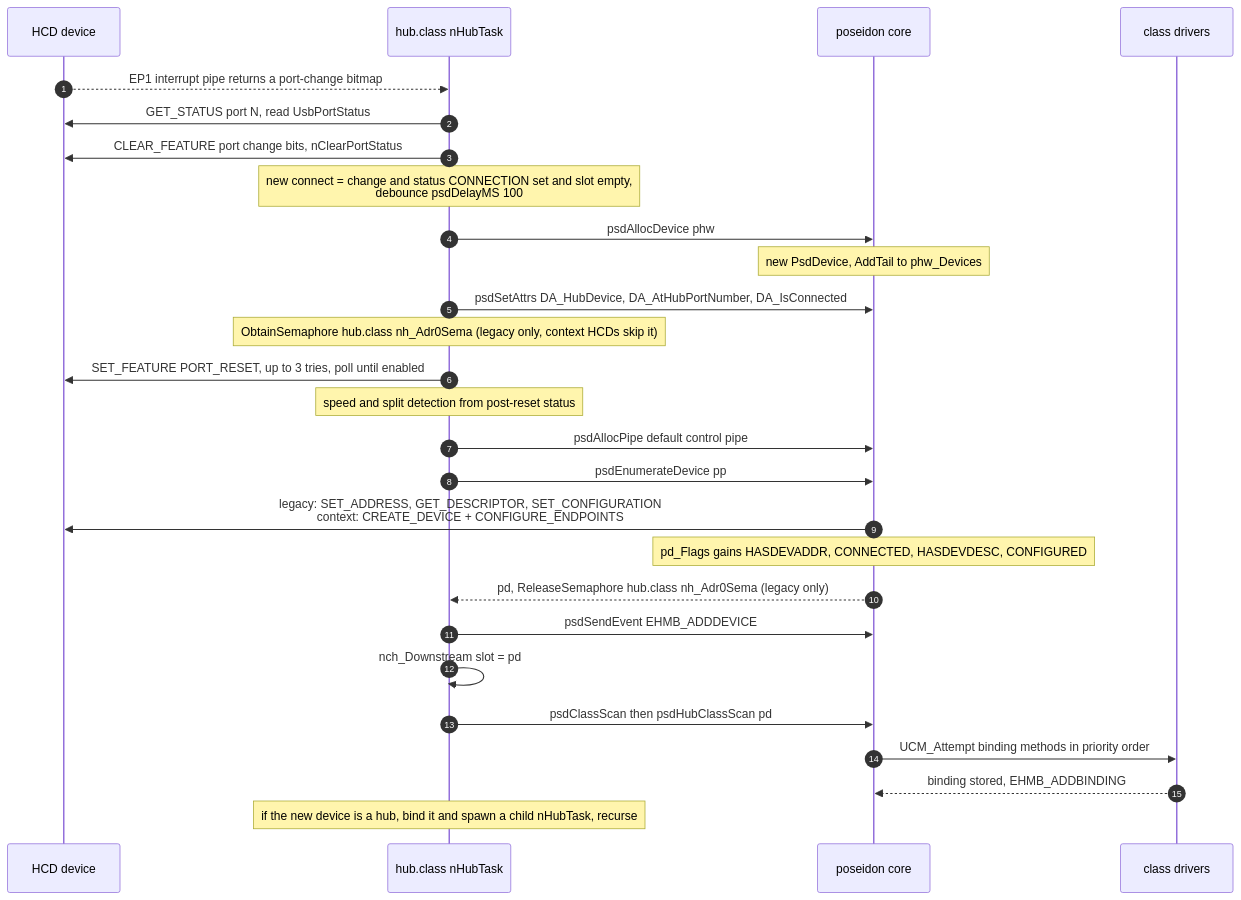
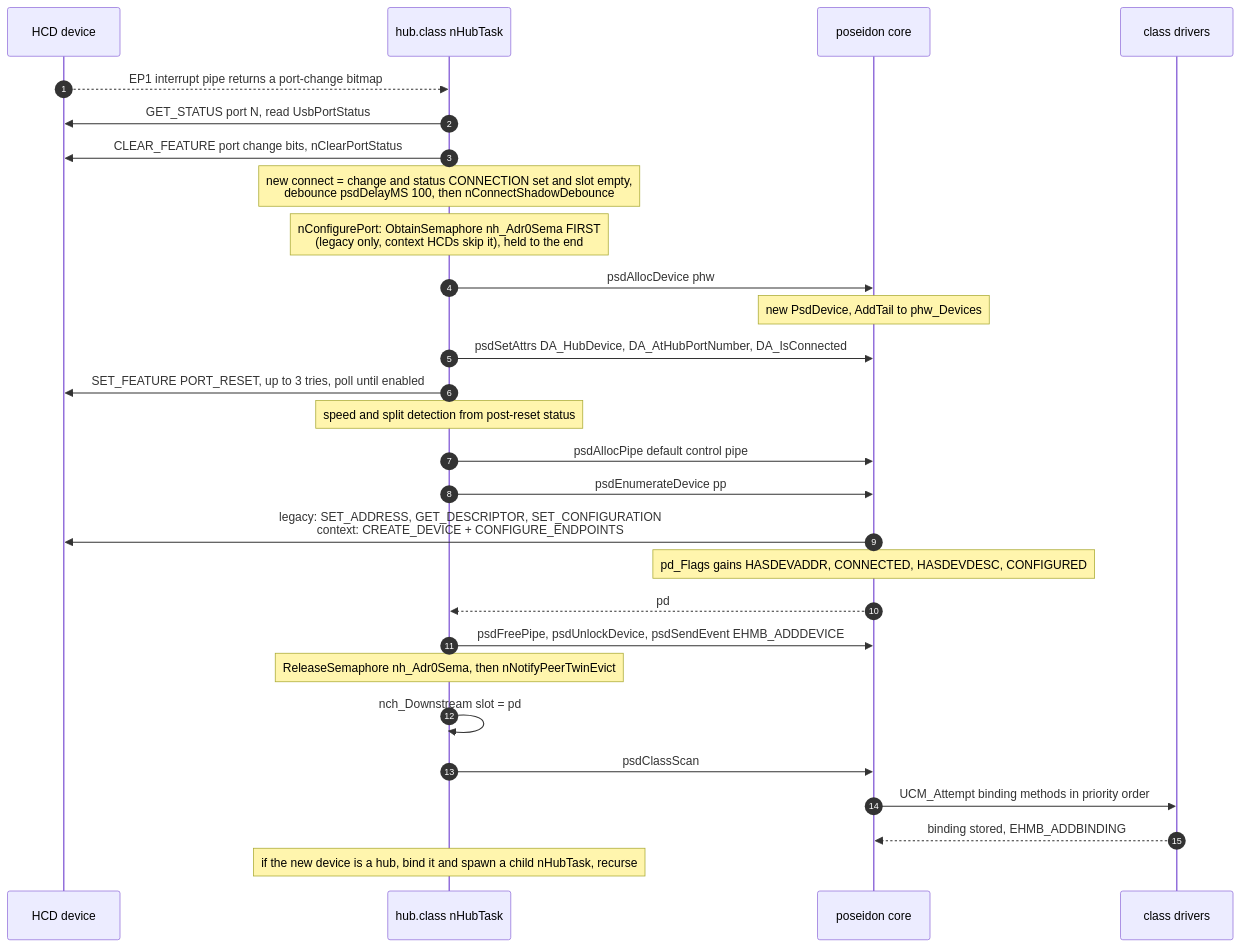
One commit to rondoval/poseidon-backport changed diagram 13 of 17 in docs/poseidon.library-architecture.md. Above: the diagram before and after it, drawn with Mermaid. The commit also changed other lines of this file and 7 other files, not shown here.

````diff
--- a/docs/poseidon.library-architecture.md
+++ b/docs/poseidon.library-architecture.md
@@ -946,30 +985,31 @@
 ```mermaid
 sequenceDiagram
     autonumber
     participant HCD as HCD device
     participant HUB as hub.class nHubTask
     participant CORE as poseidon core
     participant CLS as class drivers
 
     HCD-->>HUB: EP1 interrupt pipe returns a port-change bitmap
     HUB->>HCD: GET_STATUS port N, read UsbPortStatus
     HUB->>HCD: CLEAR_FEATURE port change bits, nClearPortStatus
-    note over HUB: new connect = change and status CONNECTION set and slot empty,<br/>debounce psdDelayMS 100
+    note over HUB: new connect = change and status CONNECTION set and slot empty,<br/>debounce psdDelayMS 100, then nConnectShadowDebounce
+    note over HUB: nConfigurePort: ObtainSemaphore nh_Adr0Sema FIRST<br/>(legacy only, context HCDs skip it), held to the end
     HUB->>CORE: psdAllocDevice phw
     note over CORE: new PsdDevice, AddTail to phw_Devices
     HUB->>CORE: psdSetAttrs DA_HubDevice, DA_AtHubPortNumber, DA_IsConnected
-    note over HUB: ObtainSemaphore hub.class nh_Adr0Sema (legacy only, context HCDs skip it)
     HUB->>HCD: SET_FEATURE PORT_RESET, up to 3 tries, poll until enabled
     note over HUB: speed and split detection from post-reset status
     HUB->>CORE: psdAllocPipe default control pipe
     HUB->>CORE: psdEnumerateDevice pp
     CORE->>HCD: legacy: SET_ADDRESS, GET_DESCRIPTOR, SET_CONFIGURATION<br/>context: CREATE_DEVICE + CONFIGURE_ENDPOINTS
     note over CORE: pd_Flags gains HASDEVADDR, CONNECTED, HASDEVDESC, CONFIGURED
-    CORE-->>HUB: pd, ReleaseSemaphore hub.class nh_Adr0Sema (legacy only)
-    HUB->>CORE: psdSendEvent EHMB_ADDDEVICE
+    CORE-->>HUB: pd
+    HUB->>CORE: psdFreePipe, psdUnlockDevice, psdSendEvent EHMB_ADDDEVICE
+    note over HUB: ReleaseSemaphore nh_Adr0Sema, then nNotifyPeerTwinEvict
     HUB->>HUB: nch_Downstream slot = pd
-    HUB->>CORE: psdClassScan then psdHubClassScan pd
+    HUB->>CORE: psdClassScan
     CORE->>CLS: UCM_Attempt binding methods in priority order
     CLS-->>CORE: binding stored, EHMB_ADDBINDING
     note over HUB: if the new device is a hub, bind it and spawn a child nHubTask, recurse
 ```
````
